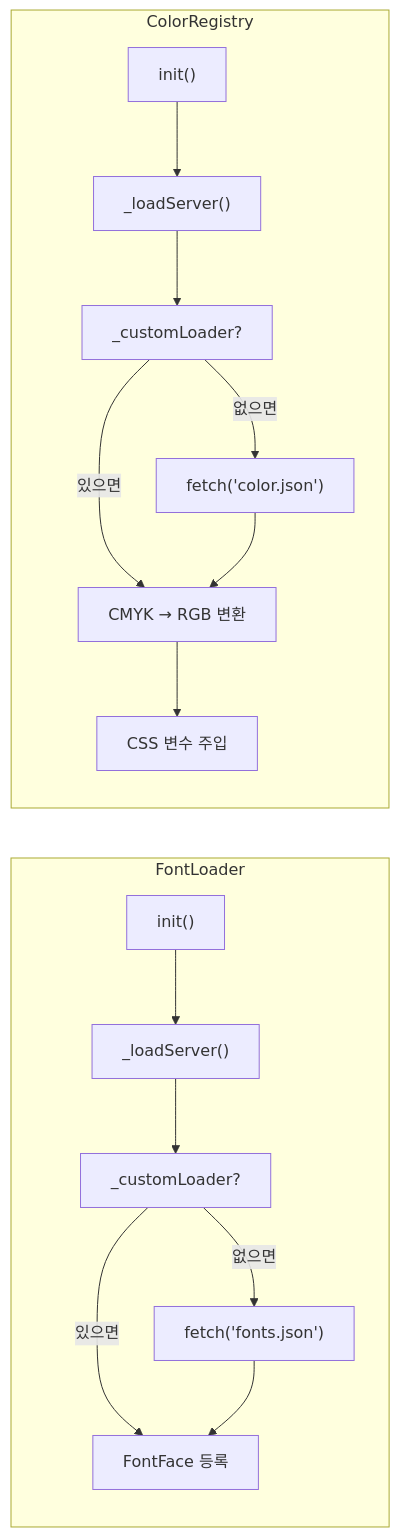
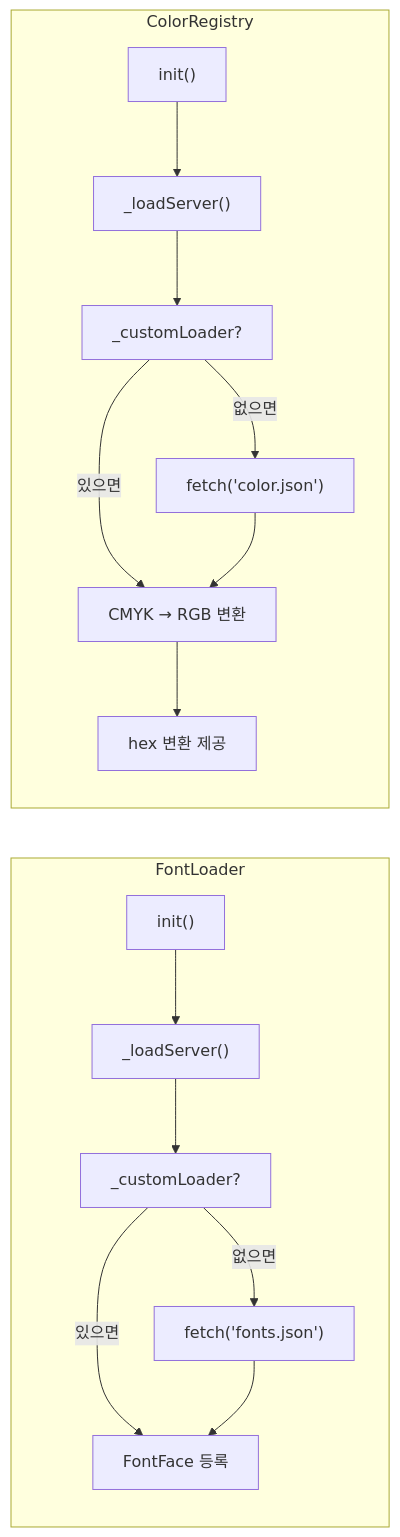
One commit to kyiimn/layout-element changed the first of 5 diagrams in docs/RESOURCE.md. Above: the diagram before and after it, drawn with Mermaid. The commit also changed other lines of this file and 1 other file, not shown here.

First line of the commit message:
docs: update RESOURCE.md and API.md for hex-based color and backgroundOpacity

````diff
--- a/docs/RESOURCE.md
+++ b/docs/RESOURCE.md
@@ -20,32 +20,32 @@
 ```mermaid
 flowchart LR
   subgraph FontLoader
     FL_INIT["init()"]
     FL_LOAD["_loadServer()"]
     FL_CUSTOM["_customLoader?"]
     FL_FETCH["fetch('fonts.json')"]
     FL_REGISTER["FontFace 등록"]
   end
 
   subgraph ColorRegistry
     CR_INIT["init()"]
     CR_LOAD["_loadServer()"]
     CR_CUSTOM["_customLoader?"]
     CR_FETCH["fetch('color.json')"]
     CR_CMYK["CMYK → RGB 변환"]
-    CR_CSS["CSS 변수 주입"]
+    CR_CSS["hex 변환 제공"]
   end
 
   FL_INIT --> FL_LOAD
   FL_LOAD --> FL_CUSTOM
   FL_CUSTOM -->|있으면| FL_REGISTER
   FL_CUSTOM -->|없으면| FL_FETCH
   FL_FETCH --> FL_REGISTER
 
   CR_INIT --> CR_LOAD
   CR_LOAD --> CR_CUSTOM
   CR_CUSTOM -->|있으면| CR_CMYK
   CR_CUSTOM -->|없으면| CR_FETCH
   CR_FETCH --> CR_CMYK
   CR_CMYK --> CR_CSS
 ```
````
